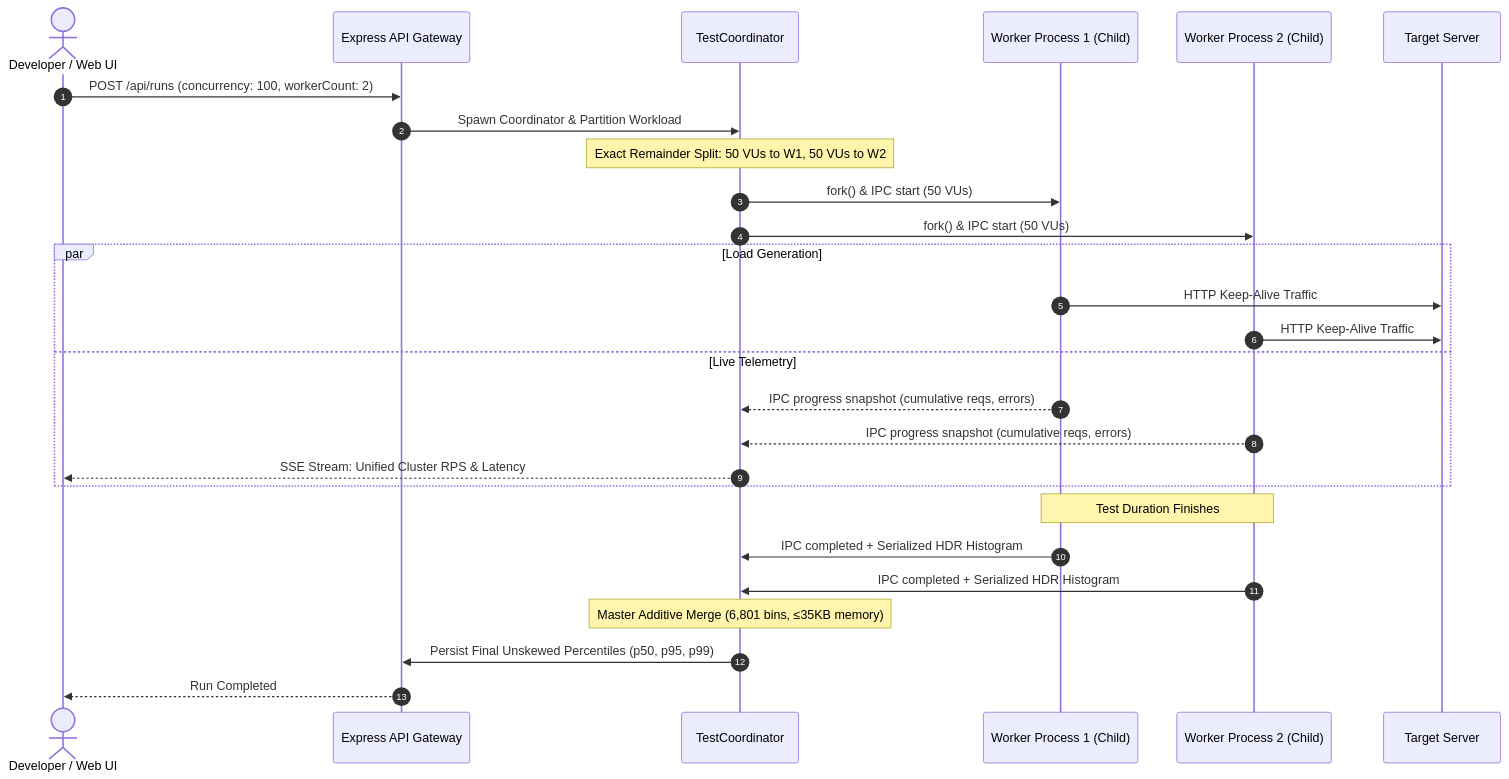
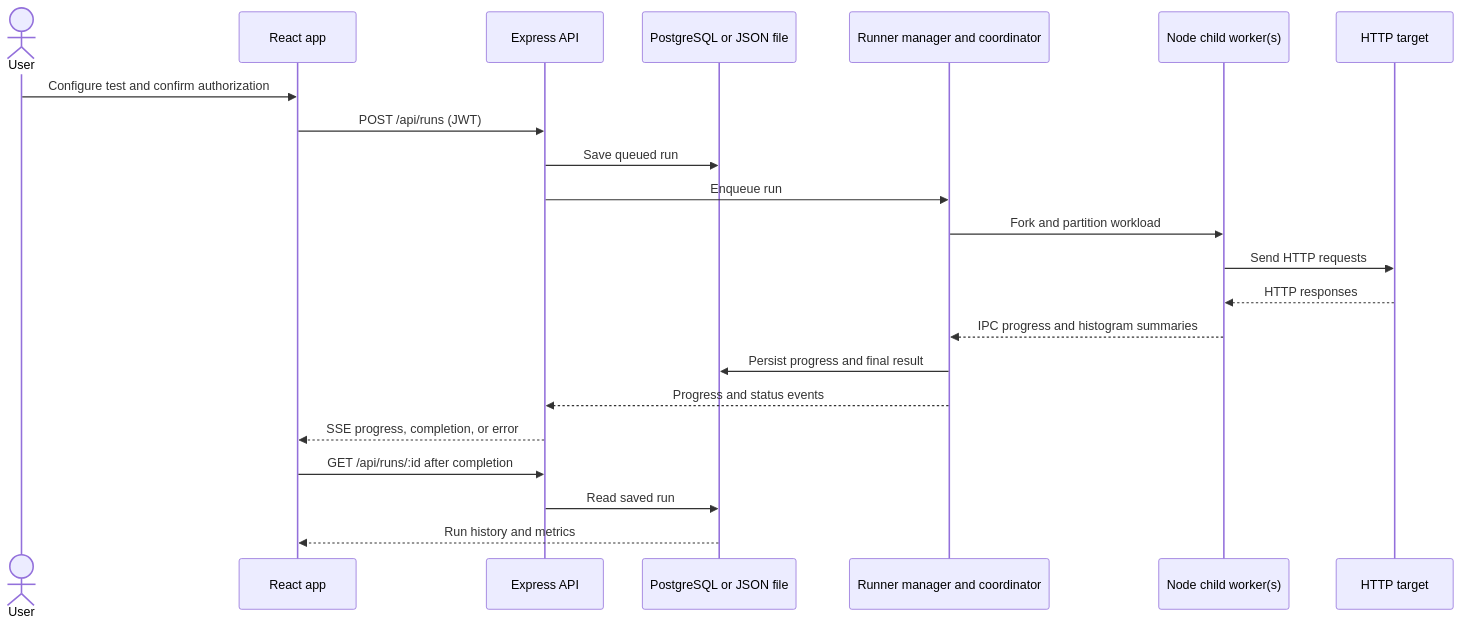
Before and after one commit to adityasinghr651/Devflow: the diagram in README.md, drawn with Mermaid. The commit also changed other lines of this file and 6 other files, not shown here.

````diff
--- a/README.md
+++ b/README.md
@@ -85,32 +62,25 @@
 ```mermaid
 sequenceDiagram
-    autonumber
-    actor Dev as Developer / Web UI
-    participant API as Express API Gateway
-    participant Coord as TestCoordinator
-    participant W1 as Worker Process 1 (Child)
-    participant W2 as Worker Process 2 (Child)
-    participant Target as Target Server
+    actor User
+    participant UI as React app
+    participant API as Express API
+    participant Store as PostgreSQL or JSON file
+    participant Runner as Runner manager and coordinator
+    participant Worker as Node child worker(s)
+    participant Target as HTTP target
 
-    Dev->>API: POST /api/runs (concurrency: 100, workerCount: 2)
-    API->>Coord: Spawn Coordinator & Partition Workload
-    Note over Coord: Exact Remainder Split: 50 VUs to W1, 50 VUs to W2
-    Coord->>W1: fork() & IPC start (50 VUs)
-    Coord->>W2: fork() & IPC start (50 VUs)
-    
-    par Load Generation
-        W1->>Target: HTTP Keep-Alive Traffic
-        W2->>Target: HTTP Keep-Alive Traffic
-    and Live Telemetry
-        W1-->>Coord: IPC progress snapshot (cumulative reqs, errors)
-        W2-->>Coord: IPC progress snapshot (cumulative reqs, errors)
-        Coord-->>Dev: SSE Stream: Unified Cluster RPS & Latency
-    end
-
-    Note over W1,W2: Test Duration Finishes
-    W1->>Coord: IPC completed + Serialized HDR Histogram
-    W2->>Coord: IPC completed + Serialized HDR Histogram
-    Note over Coord: Master Additive Merge (6,801 bins, ≤35KB memory)
-    Coord->>API: Persist Final Unskewed Percentiles (p50, p95, p99)
-    API-->>Dev: Run Completed
+    User->>UI: Configure test and confirm authorization
+    UI->>API: POST /api/runs (JWT)
+    API->>Store: Save queued run
+    API->>Runner: Enqueue run
+    Runner->>Worker: Fork and partition workload
+    Worker->>Target: Send HTTP requests
+    Target-->>Worker: HTTP responses
+    Worker-->>Runner: IPC progress and histogram summaries
+    Runner->>Store: Persist progress and final result
+    Runner-->>API: Progress and status events
+    API-->>UI: SSE progress, completion, or error
+    UI->>API: GET /api/runs/:id after completion
+    API->>Store: Read saved run
+    Store-->>UI: Run history and metrics
 ```
````
